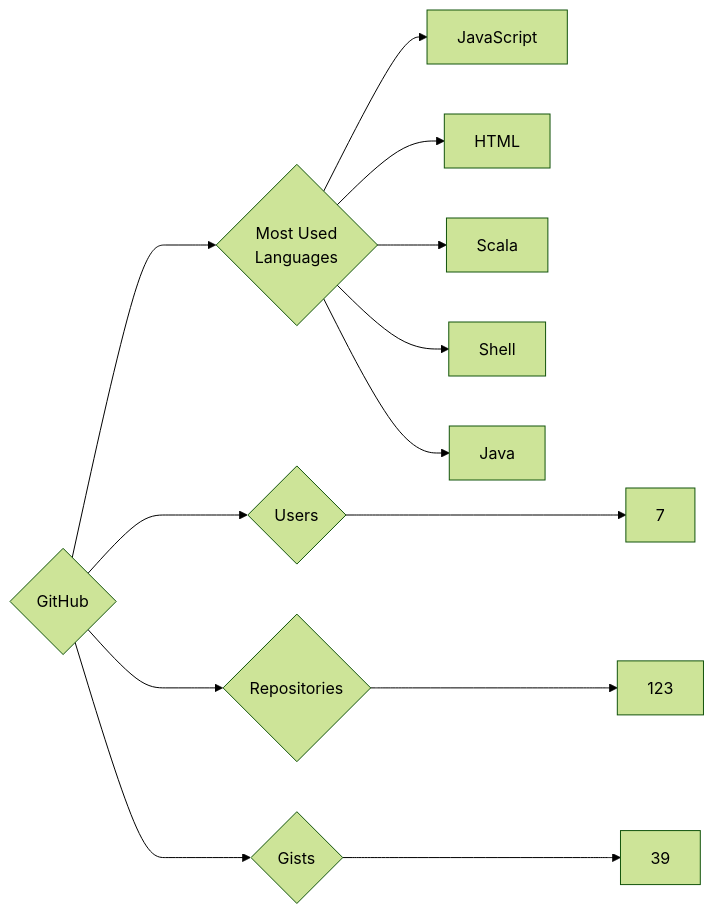
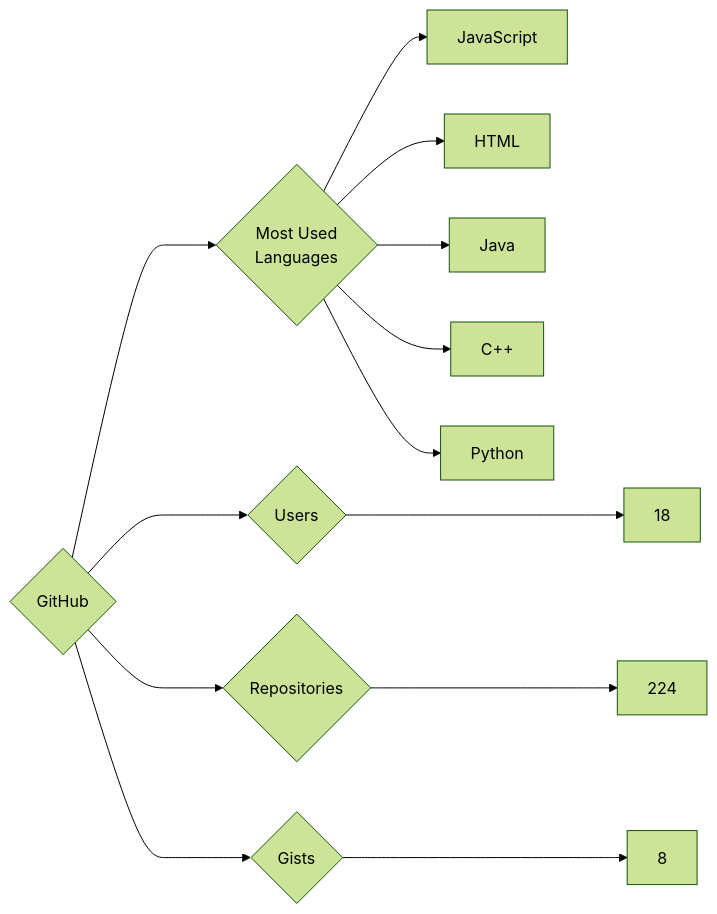
One commit to trickest/insiders changed the diagram in targets/GitHub/README.md. Above: the diagram before and after it, drawn with Mermaid (forest theme). The commit also changed 1212 other files, not shown here.

````diff
--- a/targets/GitHub/README.md
+++ b/targets/GitHub/README.md
@@ -3,13 +3,13 @@
 ```mermaid
 graph LR
 COMPANY_NAME{GitHub}
-COMPANY_NAME ---> U{Users} ---> UN[7]
-COMPANY_NAME ---> R{Repositories} ---> RN[123]
-COMPANY_NAME ---> G{Gists} ---> GN[39]
+COMPANY_NAME ---> U{Users} ---> UN[18]
+COMPANY_NAME ---> R{Repositories} ---> RN[224]
+COMPANY_NAME ---> G{Gists} ---> GN[8]
 COMPANY_NAME ---> ML{Most Used<br>Languages}
 ML --> JavaScript[JavaScript]
 ML --> HTML[HTML]
-ML --> Scala[Scala]
-ML --> Shell[Shell]
 ML --> Java[Java]
+ML --> C++[C++]
+ML --> Python[Python]
 ```
````
